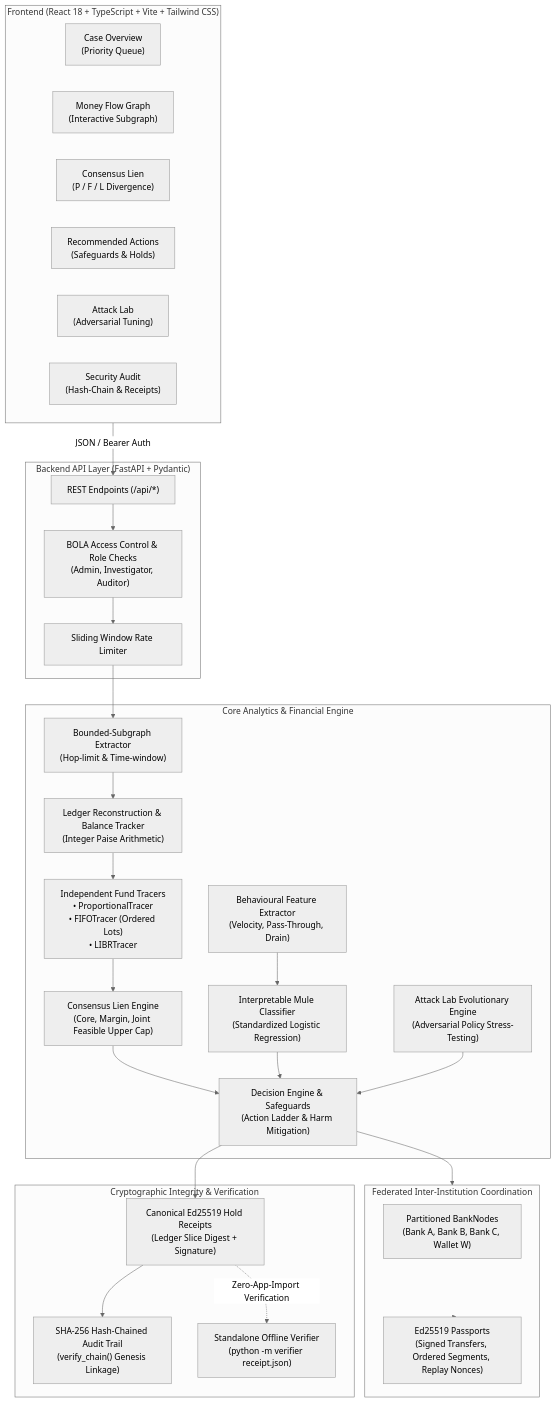
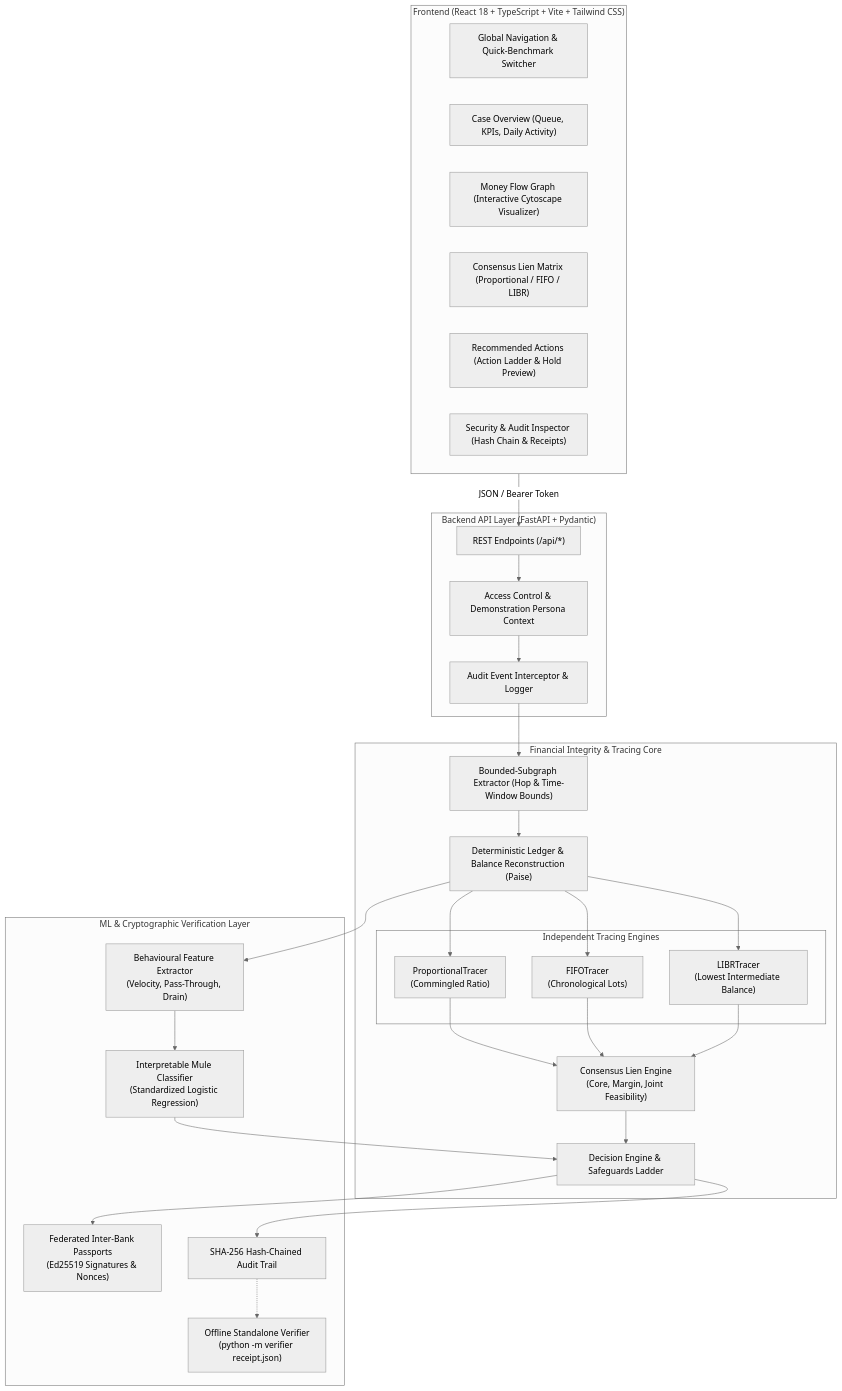
The first of 2 diagrams in README.md (abhishekkp00/Srujana_hackathon2026_Smart-Freeze), drawn with Mermaid (neutral theme) before and after one commit. The commit also changed other lines of this file, not shown here.

Commit message:
docs: write comprehensive professional documentation covering problem, real-world case, architecture, and methodology

````diff
--- a/README.md
+++ b/README.md
@@ -11,56 +104,54 @@
 ```mermaid
 flowchart TB
     subgraph UI ["Frontend (React 18 + TypeScript + Vite + Tailwind CSS)"]
-        UI_Case["Case Overview\n(Priority Queue)"]
-        UI_Flow["Money Flow Graph\n(Interactive Subgraph)"]
-        UI_Lien["Consensus Lien\n(P / F / L Divergence)"]
-        UI_Rec["Recommended Actions\n(Safeguards & Holds)"]
-        UI_Lab["Attack Lab\n(Adversarial Tuning)"]
-        UI_Audit["Security Audit\n(Hash-Chain & Receipts)"]
+        UI_Nav["Global Navigation & Quick-Benchmark Switcher"]
+        UI_Case["Case Overview (Queue, KPIs, Daily Activity)"]
+        UI_Flow["Money Flow Graph (Interactive Cytoscape Visualizer)"]
+        UI_Lien["Consensus Lien Matrix (Proportional / FIFO / LIBR)"]
+        UI_Rec["Recommended Actions (Action Ladder & Hold Preview)"]
+        UI_Audit["Security & Audit Inspector (Hash Chain & Receipts)"]
     end
 
     subgraph API ["Backend API Layer (FastAPI + Pydantic)"]
         Router["REST Endpoints (/api/*)"]
-        Auth["BOLA Access Control & Role Checks\n(Admin, Investigator, Auditor)"]
-        RateLimit["Sliding Window Rate Limiter"]
+        Auth["Access Control & Demonstration Persona Context"]
+        AuditMiddleware["Audit Event Interceptor & Logger"]
     end
 
-    subgraph Engine ["Core Analytics & Financial Engine"]
-        Subgraph["Bounded-Subgraph Extractor\n(Hop-limit & Time-window)"]
-        Ledger["Ledger Reconstruction & Balance Tracker\n(Integer Paise Arithmetic)"]
-        Tracers["Independent Fund Tracers\n• ProportionalTracer\n• FIFOTracer (Ordered Lots)\n• LIBRTracer"]
-        Consensus["Consensus Lien Engine\n(Core, Margin, Joint Feasible Upper Cap)"]
+    subgraph Core ["Financial Integrity & Tracing Core"]
+        Ledger["Deterministic Ledger & Balance Reconstruction (Paise)"]
+        Subgraph["Bounded-Subgraph Extractor (Hop & Time-Window Bounds)"]
+        
+        subgraph Tracers ["Independent Tracing Engines"]
+            P_Trace["ProportionalTracer\n(Commingled Ratio)"]
+            F_Trace["FIFOTracer\n(Chronological Lots)"]
+            L_Trace["LIBRTracer\n(Lowest Intermediate Balance)"]
+        end
+        
+        Consensus["Consensus Lien Engine\n(Core, Margin, Joint Feasibility)"]
+        Decision["Decision Engine & Safeguards Ladder"]
+    end
+
+    subgraph ML_Sec ["ML & Cryptographic Verification Layer"]
         Features["Behavioural Feature Extractor\n(Velocity, Pass-Through, Drain)"]
         MuleML["Interpretable Mule Classifier\n(Standardized Logistic Regression)"]
-        Decision["Decision Engine & Safeguards\n(Action Ladder & Harm Mitigation)"]
-        AttackLab["Attack Lab Evolutionary Engine\n(Adversarial Policy Stress-Testing)"]
+        Passports["Federated Inter-Bank Passports\n(Ed25519 Signatures & Nonces)"]
+        AuditChain["SHA-256 Hash-Chained Audit Trail"]
+        Verifier["Offline Standalone Verifier\n(python -m verifier receipt.json)"]
     end
 
-    subgraph Fed ["Federated Inter-Institution Coordination"]
-        BankNodes["Partitioned BankNodes\n(Bank A, Bank B, Bank C, Wallet W)"]
-        Passports["Ed25519 Passports\n(Signed Transfers, Ordered Segments, Replay Nonces)"]
-    end
-
-    subgraph Sec ["Cryptographic Integrity & Verification"]
-        AuditChain["SHA-256 Hash-Chained Audit Trail\n(verify_chain() Genesis Linkage)"]
-        Receipts["Canonical Ed25519 Hold Receipts\n(Ledger Slice Digest + Signature)"]
-        Verifier["Standalone Offline Verifier\n(python -m verifier receipt.json)"]
-    end
-
-    UI -->|JSON / Bearer Auth| Router
+    UI -->|JSON / Bearer Token| Router
     Router --> Auth
-    Auth --> RateLimit
-    RateLimit --> Subgraph
+    Auth --> AuditMiddleware
+    AuditMiddleware --> Subgraph
     Subgraph --> Ledger
-    Ledger --> Tracers
-    Tracers --> Consensus
+    Ledger --> P_Trace & F_Trace & L_Trace
+    P_Trace & F_Trace & L_Trace --> Consensus
     Consensus --> Decision
+    Ledger --> Features
     Features --> MuleML
     MuleML --> Decision
-    Decision --> Fed
-    Fed --> Passports
-    Decision --> Receipts
-    Receipts --> AuditChain
-    Receipts -.->|Zero-App-Import Verification| Verifier
-    AttackLab --> Decision
+    Decision --> Passports
+    Decision --> AuditChain
+    AuditChain -.-> Verifier
 ```
````
